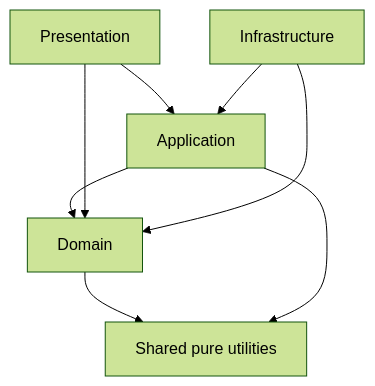
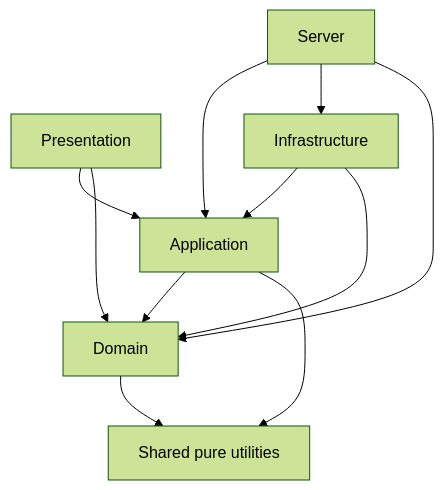
The diagram in docs/architecture.md (3pwei/tarot-atelier), drawn with Mermaid (forest theme) before and after one commit. The commit also changed other lines of this file and 71 other files, not shown here.

````diff
--- a/docs/architecture.md
+++ b/docs/architecture.md
@@ -5,11 +5,14 @@
 ```mermaid
 flowchart TD
   P[Presentation] --> A[Application]
   I[Infrastructure] --> A
   A --> D[Domain]
   P --> D
   I --> D
+  V[Server] --> A
+  V --> I
+  V --> D
   S[Shared pure utilities]
   D --> S
   A --> S
 ```
````
